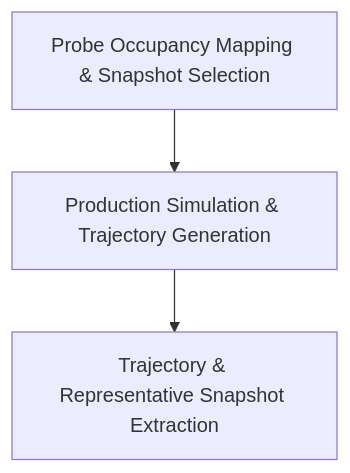
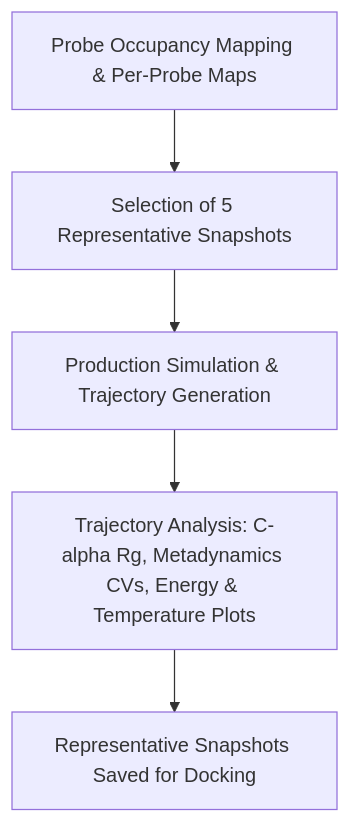
Before and after one commit to marcuswangweihow/FBDD: the fourth of 4 diagrams in Frag_to_lead_4MZI/README.md, drawn with Mermaid. The commit also changed other lines of this file, not shown here.

````diff
--- a/Frag_to_lead_4MZI/README.md
+++ b/Frag_to_lead_4MZI/README.md
@@ -136,5 +171,7 @@
 ```mermaid
 flowchart TD
-    J[Probe Occupancy Mapping & Snapshot Selection] --> K[Production Simulation & Trajectory Generation] 
-    K --> L[Trajectory & Representative Snapshot Extraction]
+    J["Probe Occupancy Mapping & Per-Probe Maps"] --> K["Selection of 5 Representative Snapshots"] 
+    K --> L["Production Simulation & Trajectory Generation"] 
+    L --> M["Trajectory Analysis: C-alpha Rg, Metadynamics CVs, Energy & Temperature Plots"]
+    M --> N["Representative Snapshots Saved for Docking"]
 ```
````
